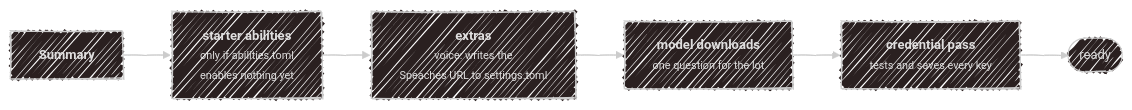
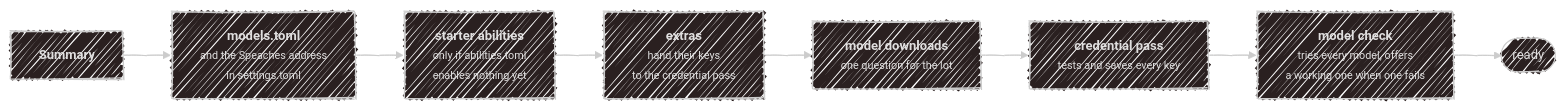
One commit to SubZtep/kaja changed the fourth of 4 diagrams in docs/configuration/wizard.md. Above: the diagram before and after it, drawn with Mermaid. The commit also changed other lines of this file and 66 other files, not shown here.

````diff
--- a/docs/configuration/wizard.md
+++ b/docs/configuration/wizard.md
@@ -166,13 +182,15 @@
 ```mermaid
 ---
 config:
   look: handDrawn
   theme: neo-dark
 ---
 flowchart LR
-    S["<b>Summary</b>"] --> A["<b>starter abilities</b><br><small>only if abilities.toml<br>enables nothing yet</small>"]
-    A --> E["<b>extras</b><br><small>voice: writes the<br>Speaches URL to settings.toml</small>"]
+    S["<b>Summary</b>"] --> W["<b>models.toml</b><br><small>and the Speaches address<br>in settings.toml</small>"]
+    W --> A["<b>starter abilities</b><br><small>only if abilities.toml<br>enables nothing yet</small>"]
+    A --> E["<b>extras</b><br><small>hand their keys<br>to the credential pass</small>"]
     E --> D["<b>model downloads</b><br><small>one question for the lot</small>"]
     D --> C["<b>credential pass</b><br><small>tests and saves every key</small>"]
-    C --> R(["ready"])
+    C --> M["<b>model check</b><br><small>tries every model, offers<br>a working one when one fails</small>"]
+    M --> R(["ready"])
 ```
````
